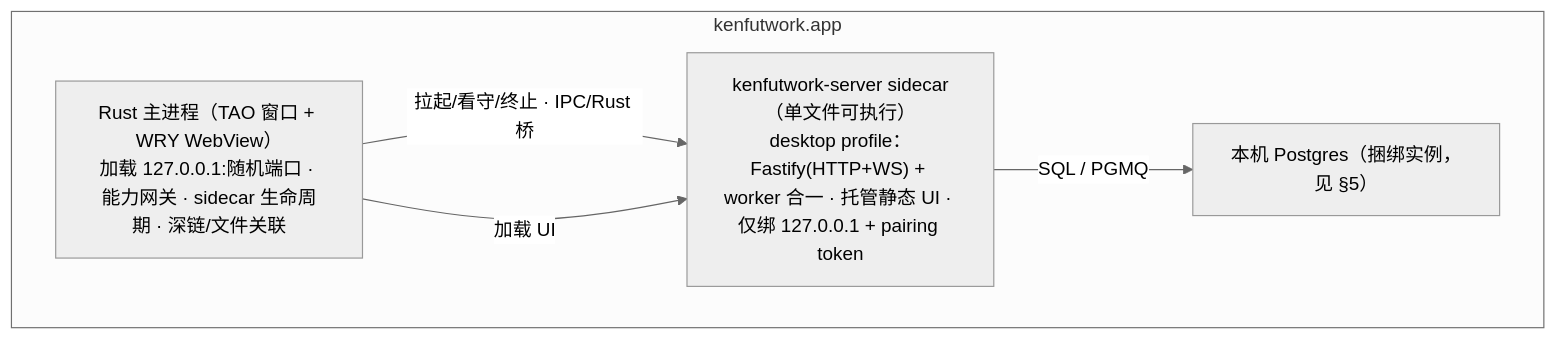
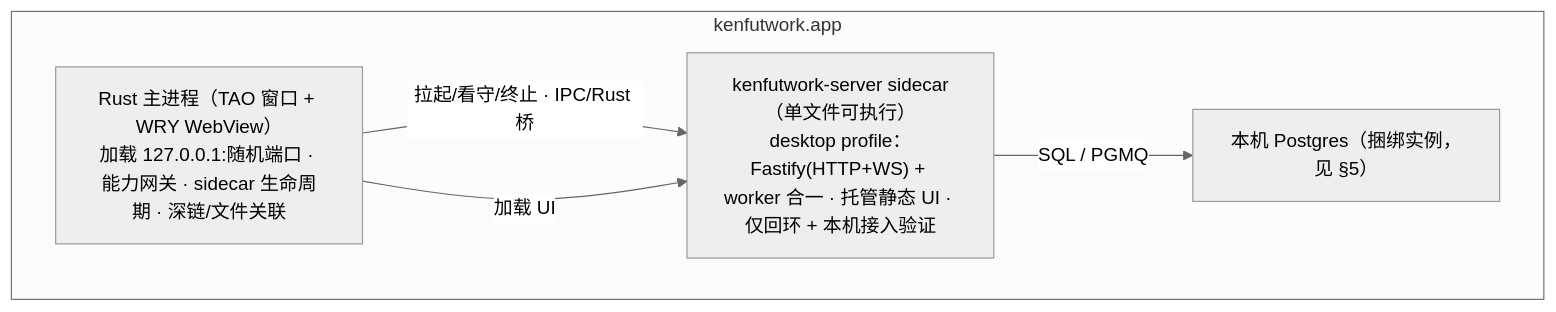
One commit to IsKenKenYa/KenFutWork changed the second of 2 diagrams in docs/方案设计/多端产品设计.md. Above: the diagram before and after it, drawn with Mermaid (neutral theme). The commit also changed other lines of this file and 7 other files, not shown here.

````diff
--- a/docs/方案设计/多端产品设计.md
+++ b/docs/方案设计/多端产品设计.md
@@ -94,11 +95,11 @@
 ```mermaid
 graph TB
     subgraph APP["kenfutwork.app"]
         RUST["Rust 主进程（TAO 窗口 + WRY WebView）<br/>加载 127.0.0.1:随机端口 · 能力网关 · sidecar 生命周期 · 深链/文件关联"]
-        SIDE["kenfutwork-server sidecar（单文件可执行）<br/>desktop profile：Fastify(HTTP+WS) + worker 合一 · 托管静态 UI · 仅绑 127.0.0.1 + pairing token"]
+        SIDE["kenfutwork-server sidecar（单文件可执行）<br/>desktop profile：Fastify(HTTP+WS) + worker 合一 · 托管静态 UI · 仅回环 + 本机接入验证"]
         PG["本机 Postgres（捆绑实例，见 §5）"]
     end
     RUST -->|"拉起/看守/终止 · IPC/Rust 桥"| SIDE
     RUST -->|"加载 UI"| SIDE
     SIDE -->|"SQL / PGMQ"| PG
 ```
````
